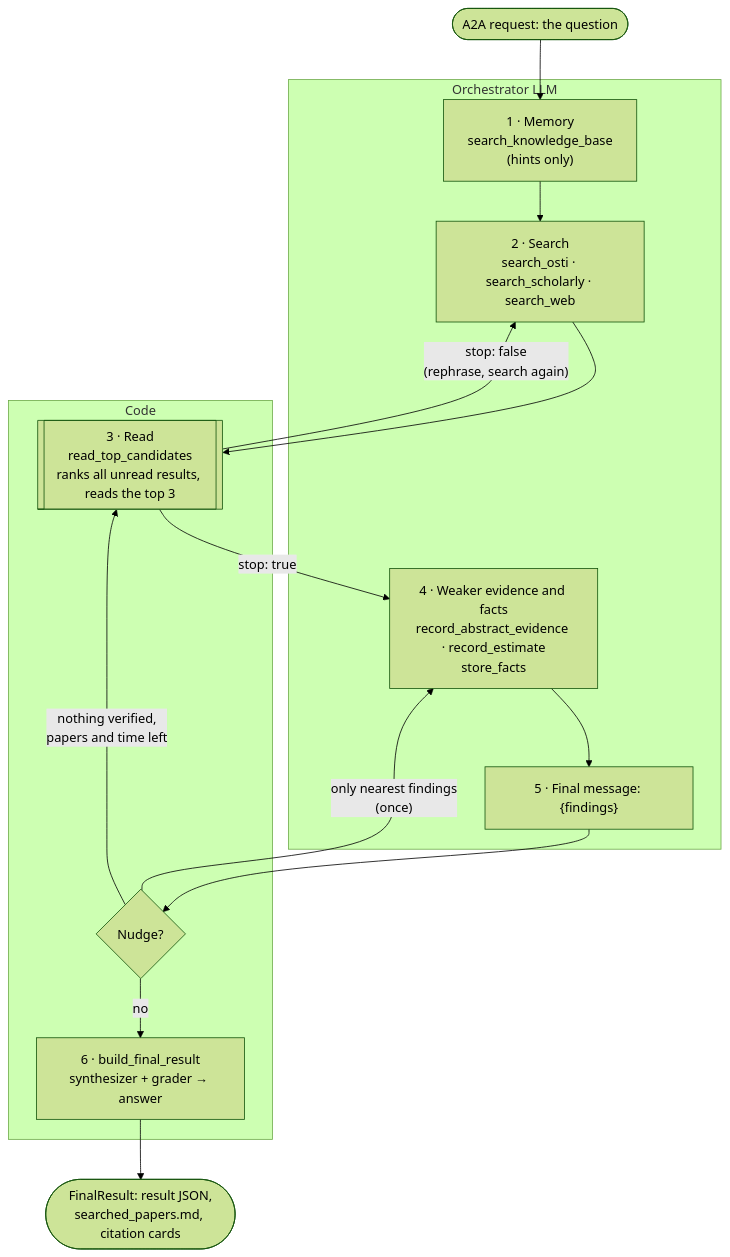
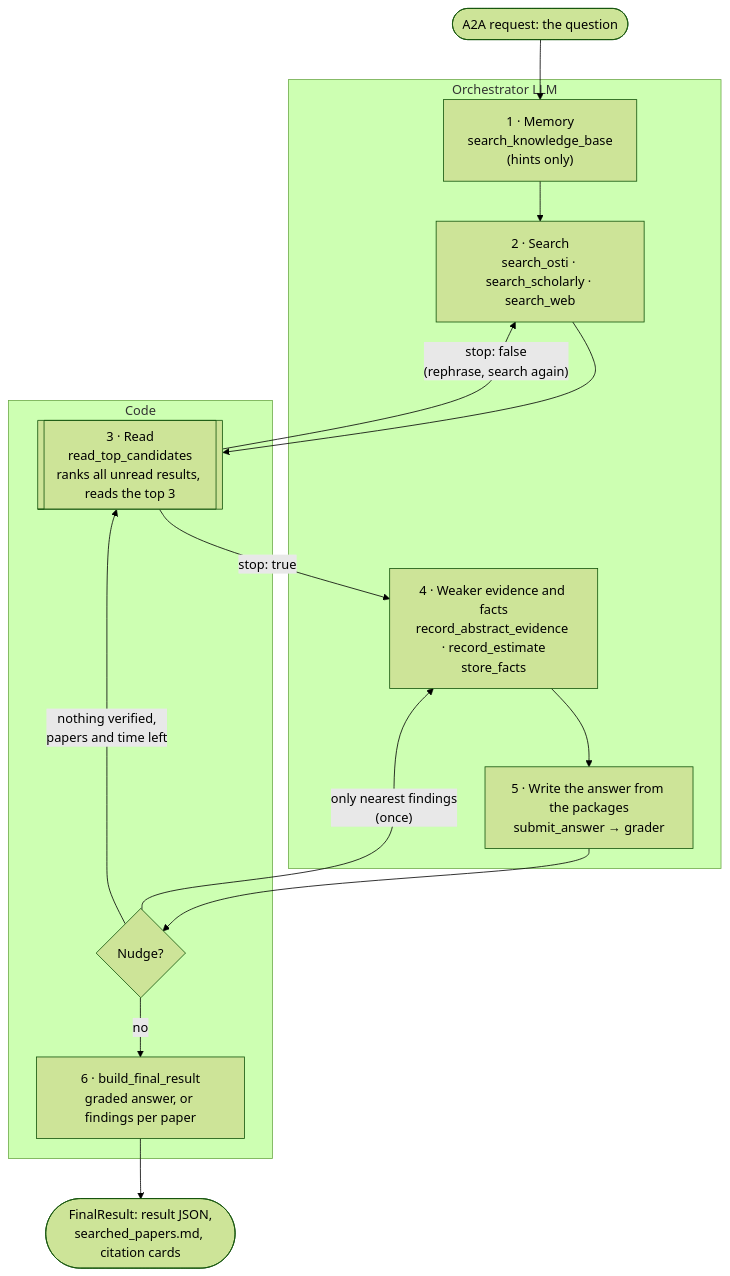
One commit to idaholab/prometheus_core changed the first of 3 diagrams in platform/agents/optional/osti-research-agent/docs/architecture.md. Above: the diagram before and after it, drawn with Mermaid (forest theme). The commit also changed other lines of this file and 39 other files, not shown here.

First line of the commit message:
Have the OSTI orchestrator write the answer and grade it separately

````diff
--- a/platform/agents/optional/osti-research-agent/docs/architecture.md
+++ b/platform/agents/optional/osti-research-agent/docs/architecture.md
@@ -85,28 +84,28 @@
 ```mermaid
 flowchart TD
     REQ(["A2A request: the question"]) --> MEM
 
     subgraph LLM ["Orchestrator LLM"]
         MEM["1 · Memory<br/>search_knowledge_base<br/>(hints only)"]
         SEARCH["2 · Search<br/>search_osti · search_scholarly · search_web"]
         EXTRA["4 · Weaker evidence and facts<br/>record_abstract_evidence · record_estimate<br/>store_facts"]
-        FINISH["5 · Final message: {findings}"]
+        FINISH["5 · Write the answer from the packages<br/>submit_answer → grader"]
     end
 
     subgraph CODE ["Code"]
         READ[["3 · Read<br/>read_top_candidates<br/>ranks all unread results, reads the top 3"]]
         NUDGE{"Nudge?"}
-        FINAL["6 · build_final_result<br/>synthesizer + grader → answer"]
+        FINAL["6 · build_final_result<br/>graded answer, or findings per paper"]
     end
 
     MEM --> SEARCH
     SEARCH --> READ
     READ -- "stop: false<br/>(rephrase, search again)" --> SEARCH
     READ -- "stop: true" --> EXTRA
     EXTRA --> FINISH
     FINISH --> NUDGE
     NUDGE -- "nothing verified,<br/>papers and time left" --> READ
     NUDGE -- "only nearest findings<br/>(once)" --> EXTRA
     NUDGE -- "no" --> FINAL
     FINAL --> OUT(["FinalResult: result JSON,<br/>searched_papers.md, citation cards"])
 ```
````
